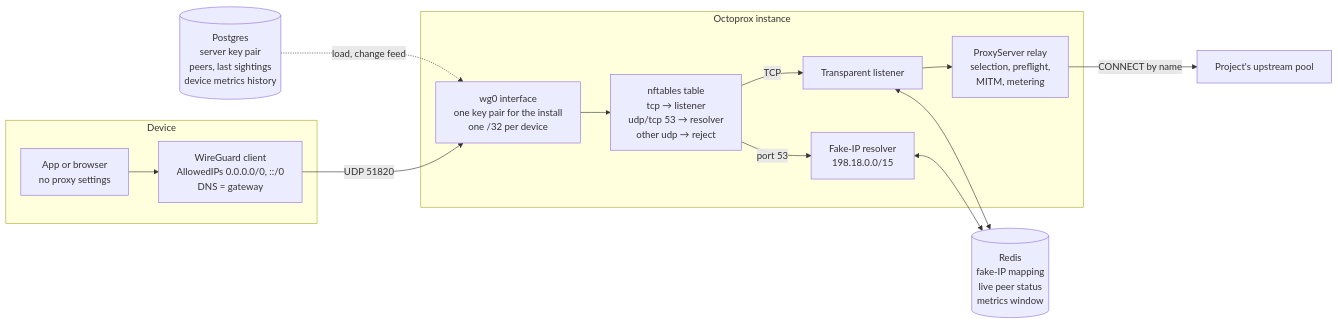
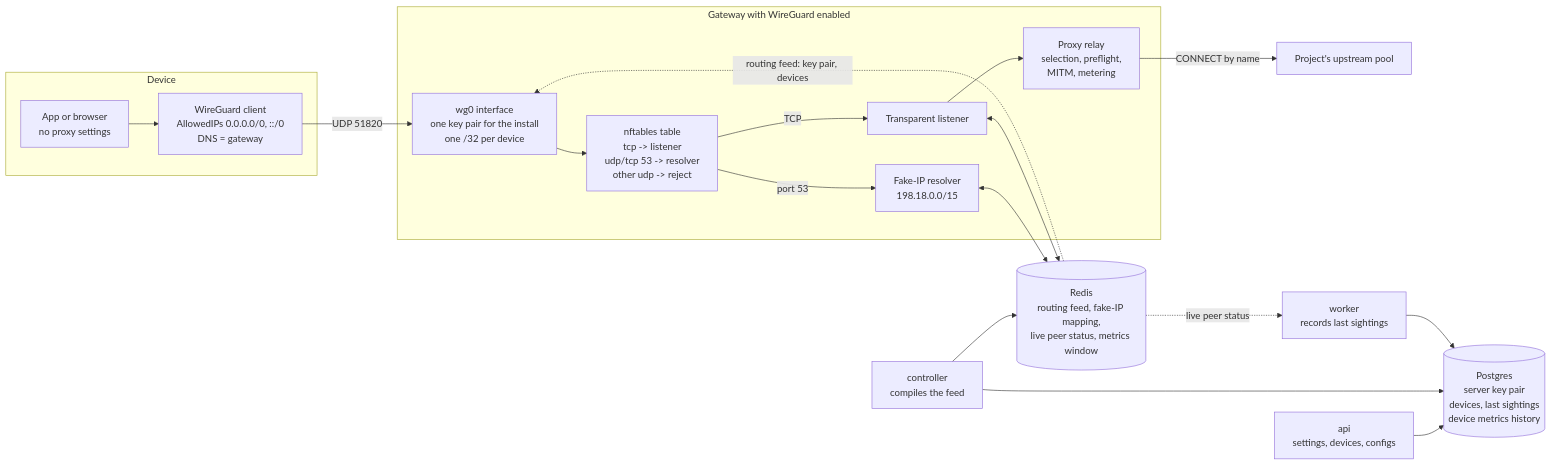
Before and after one commit to octoprox/octoprox: the second of 3 diagrams in docs/wireguard.md, drawn with Mermaid. The commit also changed other lines of this file and 467 other files, not shown here.

First line of the commit message:
Split Octoprox into roles on Redis Streams (6.0)

````diff
--- a/docs/wireguard.md
+++ b/docs/wireguard.md
@@ -45,27 +45,31 @@
 ```mermaid
 flowchart LR
     subgraph device["Device"]
         app["App or browser<br/>no proxy settings"]
         wgc["WireGuard client<br/>AllowedIPs 0.0.0.0/0, ::/0<br/>DNS = gateway"]
         app --> wgc
     end
     wgc -->|UDP 51820| iface
 
-    subgraph instance["Octoprox instance"]
+    subgraph gateway["Gateway with WireGuard enabled"]
         iface["wg0 interface<br/>one key pair for the install<br/>one /32 per device"]
-        nft["nftables table<br/>tcp → listener<br/>udp/tcp 53 → resolver<br/>other udp → reject"]
+        nft["nftables table<br/>tcp -> listener<br/>udp/tcp 53 -> resolver<br/>other udp -> reject"]
         dns["Fake-IP resolver<br/>198.18.0.0/15"]
         tp["Transparent listener"]
-        relay["ProxyServer relay<br/>selection, preflight,<br/>MITM, metering"]
+        relay["Proxy relay<br/>selection, preflight,<br/>MITM, metering"]
         iface --> nft
         nft -->|port 53| dns
         nft -->|TCP| tp --> relay
     end
 
     relay -->|CONNECT by name| pool["Project's upstream pool"]
-    redis[("Redis<br/>fake-IP mapping<br/>live peer status<br/>metrics window")]
+    redis[("Redis<br/>routing feed, fake-IP mapping,<br/>live peer status, metrics window")]
     dns <--> redis
     tp <--> redis
-    pg[("Postgres<br/>server key pair<br/>peers, last sightings<br/>device metrics history")]
-    pg -.->|load, change feed| iface
+    redis -.->|"routing feed: key pair, devices"| iface
+    api["api<br/>settings, devices, configs"] --> pg
+    controller["controller<br/>compiles the feed"] --> pg
+    controller --> redis
+    redis -.->|"live peer status"| worker["worker<br/>records last sightings"] --> pg
+    pg[("Postgres<br/>server key pair<br/>devices, last sightings<br/>device metrics history")]
 ```
````
